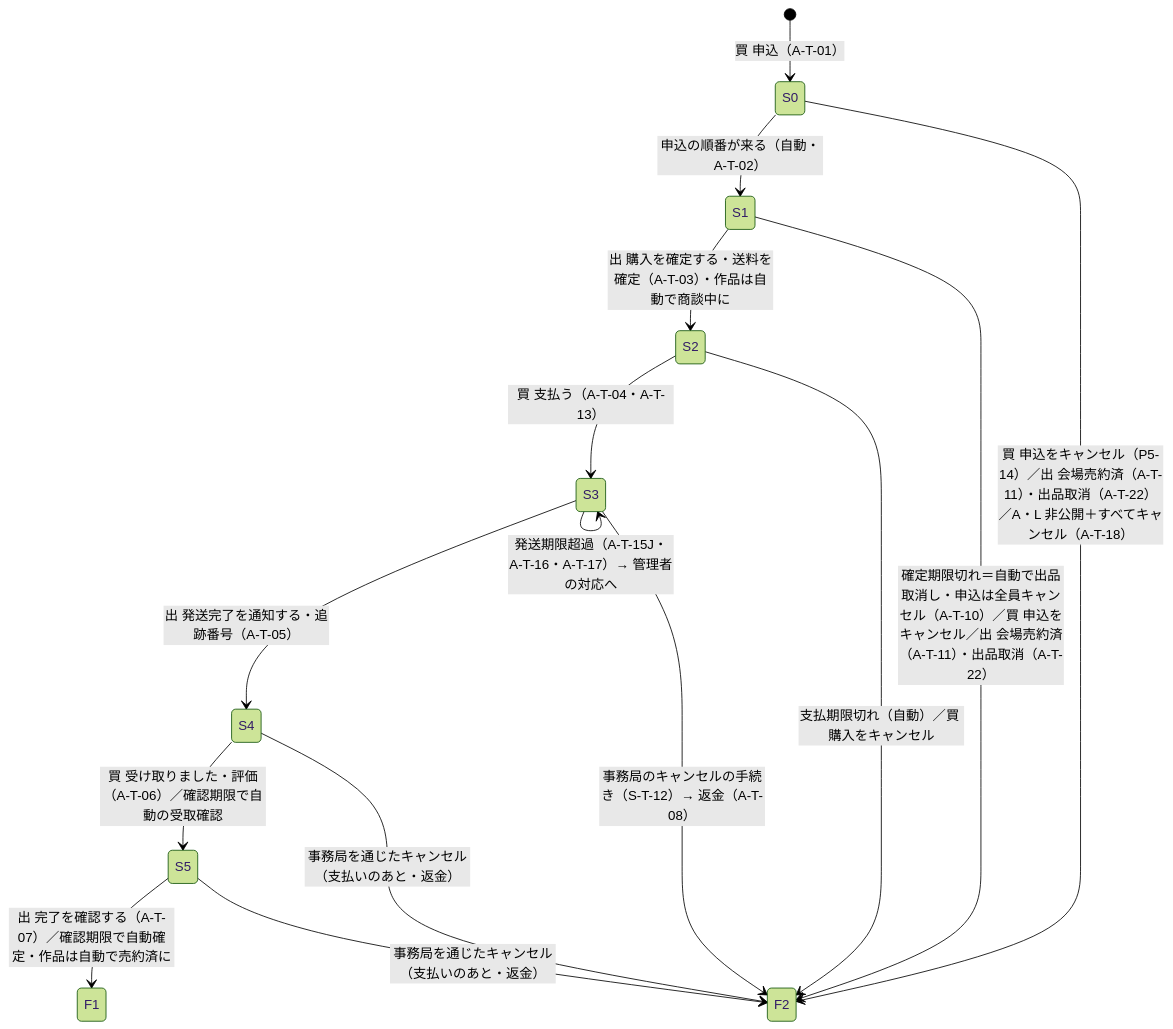
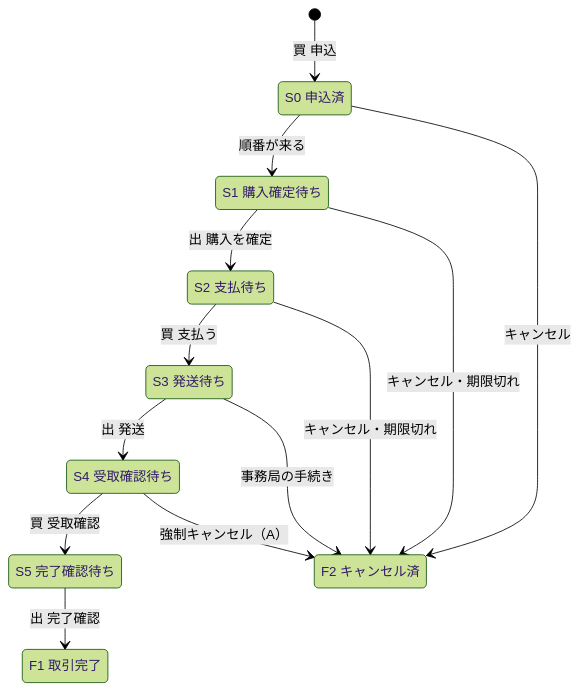
Before and after one commit to koten-baku/kotennavi-redesign: the second of 2 diagrams in docs/liaison-plus-flow.md, drawn with Mermaid (forest theme). The commit also changed other lines of this file and 16 other files, not shown here.

````diff
--- a/docs/liaison-plus-flow.md
+++ b/docs/liaison-plus-flow.md
@@ -53,17 +56,23 @@
 ```mermaid
 stateDiagram-v2
-  [*] --> S0: 買 申込（A-T-01）
-  S0 --> S1: 申込の順番が来る（自動・A-T-02）
-  S0 --> F2: 買 申込をキャンセル（P5-14）／出 会場売約済（A-T-11）・出品取消（A-T-22）／A・L 非公開＋すべてキャンセル（A-T-18）
-  S1 --> S2: 出 購入を確定する・送料を確定（A-T-03）・作品は自動で商談中に
-  S1 --> F2: 確定期限切れ＝自動で出品取消し・申込は全員キャンセル（A-T-10）／買 申込をキャンセル／出 会場売約済（A-T-11）・出品取消（A-T-22）
-  S2 --> S3: 買 支払う（A-T-04・A-T-13）
-  S2 --> F2: 支払期限切れ（自動）／買 購入をキャンセル
-  S3 --> S4: 出 発送完了を通知する・追跡番号（A-T-05）
-  S3 --> S3: 発送期限超過（A-T-15J・A-T-16・A-T-17）→ 管理者の対応へ
-  S3 --> F2: 事務局のキャンセルの手続き（S-T-12）→ 返金（A-T-08）
-  S4 --> S5: 買 受け取りました・評価（A-T-06）／確認期限で自動の受取確認
-  S5 --> F1: 出 完了を確認する（A-T-07）／確認期限で自動確定・作品は自動で売約済に
-  S4 --> F2: 事務局を通じたキャンセル（支払いのあと・返金）
-  S5 --> F2: 事務局を通じたキャンセル（支払いのあと・返金）
+  S0: S0 申込済
+  S1: S1 購入確定待ち
+  S2: S2 支払待ち
+  S3: S3 発送待ち
+  S4: S4 受取確認待ち
+  S5: S5 完了確認待ち
+  F1: F1 取引完了
+  F2: F2 キャンセル済
+  [*] --> S0: 買 申込
+  S0 --> S1: 順番が来る
+  S1 --> S2: 出 購入を確定
+  S2 --> S3: 買 支払う
+  S3 --> S4: 出 発送
+  S4 --> S5: 買 受取確認
+  S5 --> F1: 出 完了確認
+  S0 --> F2: キャンセル
+  S1 --> F2: キャンセル・期限切れ
+  S2 --> F2: キャンセル・期限切れ
+  S3 --> F2: 事務局の手続き
+  S4 --> F2: 強制キャンセル（A）
 ```
````
